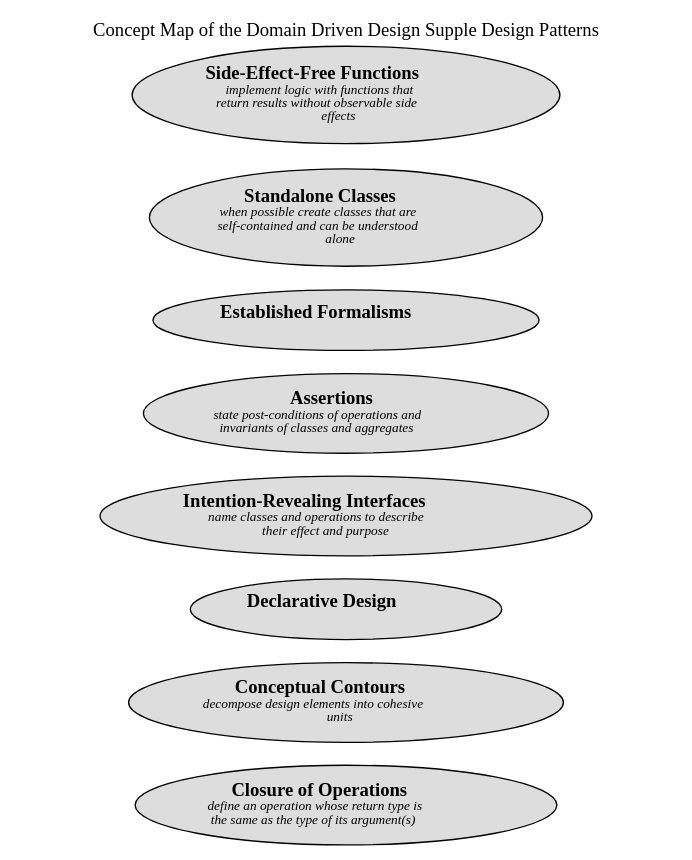
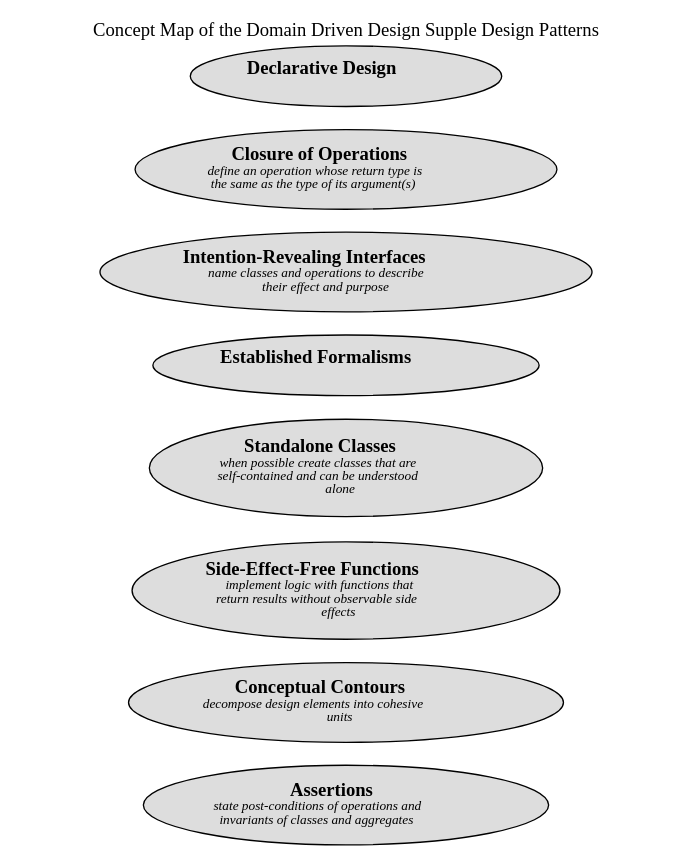
The diagram in docs/software-development/domain-driven-design/supple-design/concept-view.dot (lsolbach/overarch-models), drawn with Graphviz before and after one commit. The commit also changed other lines of this file and 120 other files, not shown here.

```diff
--- a/docs/software-development/domain-driven-design/supple-design/concept-view.dot
+++ b/docs/software-development/domain-driven-design/supple-design/concept-view.dot
@@ -1,19 +1,19 @@
 digraph "Concept Map of the Domain Driven Design Supple Design Patterns" {
   labelloc= "t"
   label="Concept Map of the Domain Driven Design Supple Design Patterns"
   rankdir="LR"
 
   layout=dot
+software_development_domain_driven_design_supple_design__assertions [shape=ellipse style=filled fillcolor="#dddddd" label=<<B>Assertions</B><BR/><FONT POINT-SIZE="10"><I>state post-conditions of operations and<BR/>invariants of classes and aggregates </I></FONT>>]
+software_development_domain_driven_design_supple_design__conceptual_contours [shape=ellipse style=filled fillcolor="#dddddd" label=<<B>Conceptual Contours</B><BR/><FONT POINT-SIZE="10"><I>decompose design elements into cohesive<BR/>units </I></FONT>>]
+software_development_domain_driven_design_supple_design__side_effect_free_functions [shape=ellipse style=filled fillcolor="#dddddd" label=<<B>Side-Effect-Free Functions</B><BR/><FONT POINT-SIZE="10"><I>implement logic with functions that<BR/>return results without observable side<BR/>effects </I></FONT>>]
+software_development_domain_driven_design_supple_design__standalone_classes [shape=ellipse style=filled fillcolor="#dddddd" label=<<B>Standalone Classes</B><BR/><FONT POINT-SIZE="10"><I>when possible create classes that are<BR/>self-contained and can be understood<BR/>alone </I></FONT>>]
+software_development_domain_driven_design_supple_design__established_formalisms [shape=ellipse style=filled fillcolor="#dddddd" label=<<B>Established Formalisms</B><BR/><FONT POINT-SIZE="10"><I> </I></FONT>>]
+software_development_domain_driven_design_supple_design__intention_revealing_interfaces [shape=ellipse style=filled fillcolor="#dddddd" label=<<B>Intention-Revealing Interfaces</B><BR/><FONT POINT-SIZE="10"><I>name classes and operations to describe<BR/>their effect and purpose </I></FONT>>]
 software_development_domain_driven_design_supple_design__closure_of_operations [shape=ellipse style=filled fillcolor="#dddddd" label=<<B>Closure of Operations</B><BR/><FONT POINT-SIZE="10"><I>define an operation whose return type is<BR/>the same as the type of its argument(s) </I></FONT>>]
-software_development_domain_driven_design_supple_design__conceptual_contours [shape=ellipse style=filled fillcolor="#dddddd" label=<<B>Conceptual Contours</B><BR/><FONT POINT-SIZE="10"><I>decompose design elements into cohesive<BR/>units </I></FONT>>]
 software_development_domain_driven_design_supple_design__declarative_design [shape=ellipse style=filled fillcolor="#dddddd" label=<<B>Declarative Design</B><BR/><FONT POINT-SIZE="10"><I> </I></FONT>>]
-software_development_domain_driven_design_supple_design__intention_revealing_interfaces [shape=ellipse style=filled fillcolor="#dddddd" label=<<B>Intention-Revealing Interfaces</B><BR/><FONT POINT-SIZE="10"><I>name classes and operations to describe<BR/>their effect and purpose </I></FONT>>]
-software_development_domain_driven_design_supple_design__assertions [shape=ellipse style=filled fillcolor="#dddddd" label=<<B>Assertions</B><BR/><FONT POINT-SIZE="10"><I>state post-conditions of operations and<BR/>invariants of classes and aggregates </I></FONT>>]
-software_development_domain_driven_design_supple_design__established_formalisms [shape=ellipse style=filled fillcolor="#dddddd" label=<<B>Established Formalisms</B><BR/><FONT POINT-SIZE="10"><I> </I></FONT>>]
-software_development_domain_driven_design_supple_design__standalone_classes [shape=ellipse style=filled fillcolor="#dddddd" label=<<B>Standalone Classes</B><BR/><FONT POINT-SIZE="10"><I>when possible create classes that are<BR/>self-contained and can be understood<BR/>alone </I></FONT>>]
-software_development_domain_driven_design_supple_design__side_effect_free_functions [shape=ellipse style=filled fillcolor="#dddddd" label=<<B>Side-Effect-Free Functions</B><BR/><FONT POINT-SIZE="10"><I>implement logic with functions that<BR/>return results without observable side<BR/>effects </I></FONT>>]
  
  
 }
 
 // (generated by Overarch with template views/view.dot.cmb)
```
